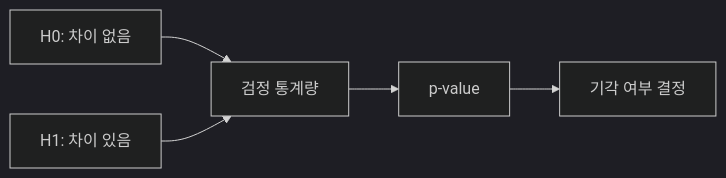
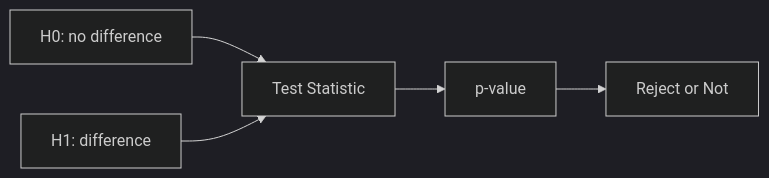
Before and after one commit to yeongseon-books/book-content: the diagram in content/statistics-101/ko/07-hypothesis-testing.md, drawn with Mermaid (dark theme). The commit also changed other lines of this file and 9 other files, not shown here.

````diff
--- a/content/statistics-101/ko/07-hypothesis-testing.md
+++ b/content/statistics-101/ko/07-hypothesis-testing.md
@@ -48,7 +50,7 @@
 ```mermaid
 flowchart LR
-    H0["H0: 차이 없음"] --> Test["검정 통계량"]
-    H1["H1: 차이 있음"] --> Test
+    H0["H0: no difference"] --> Test["Test Statistic"]
+    H1["H1: difference"] --> Test
     Test --> Pvalue["p-value"]
-    Pvalue --> Decide["기각 여부 결정"]
+    Pvalue --> Decide["Reject or Not"]
 ```
````
